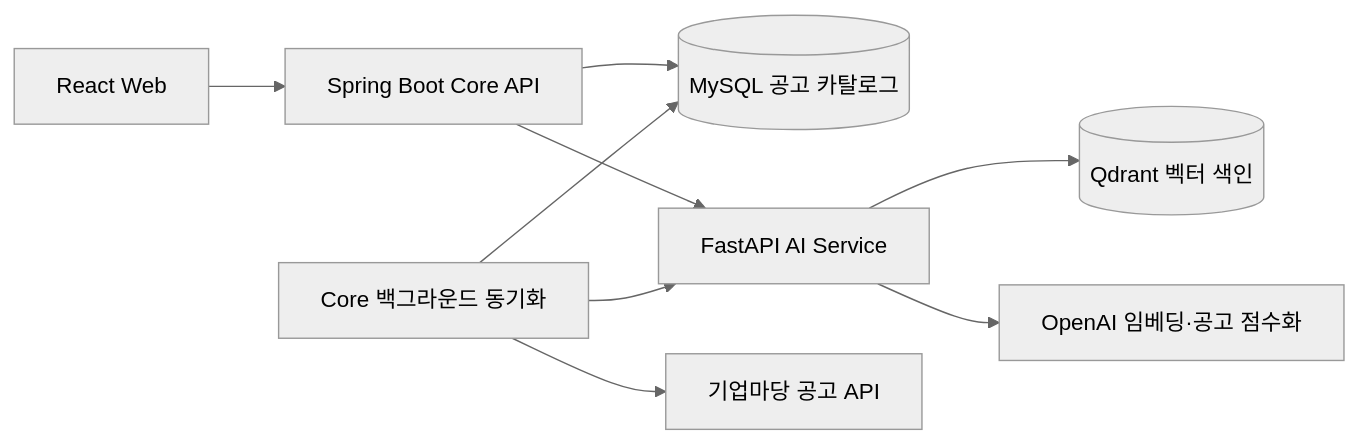
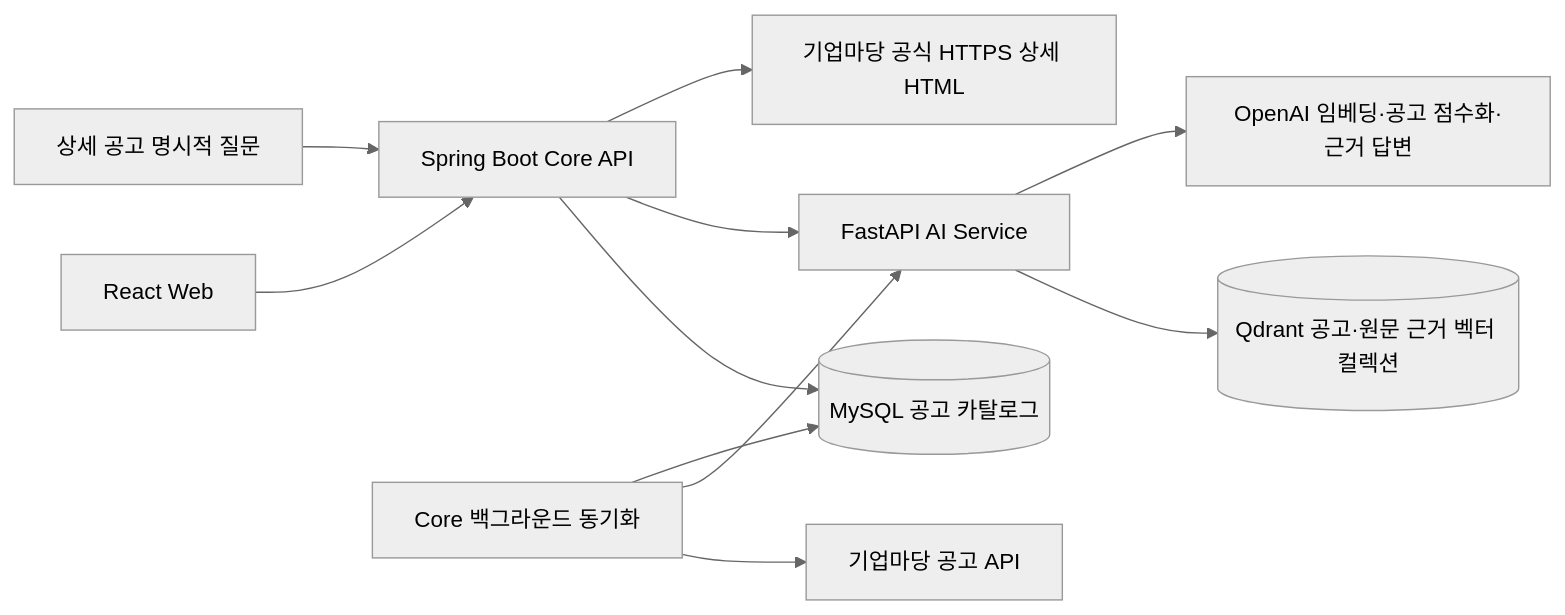
Before and after one commit to SKNETWORKS-FAMILY-AICAMP/SKN34-3rd-1Team: the diagram in docs/technology.md, drawn with Mermaid (neutral theme). The commit also changed other lines of this file and 104 other files, not shown here.

````diff
--- a/docs/technology.md
+++ b/docs/technology.md
@@ -10,11 +10,13 @@
 ```mermaid
 flowchart LR
     Web[React Web] --> Core[Spring Boot Core API]
     Core --> DB[(MySQL 공고 카탈로그)]
     Core --> AI[FastAPI AI Service]
-    AI --> Vector[(Qdrant 벡터 색인)]
-    AI --> OpenAI[OpenAI 임베딩·공고 점수화]
+    AI --> Vector[(Qdrant 공고·원문 근거 벡터 컬렉션)]
+    AI --> OpenAI[OpenAI 임베딩·공고 점수화·근거 답변]
     Sync[Core 백그라운드 동기화] --> Source[기업마당 공고 API]
     Sync --> AI
     Sync --> DB
+    EvidenceQuestion[상세 공고 명시적 질문] --> Core
+    Core --> DetailSource[기업마당 공식 HTTPS 상세 HTML]
 ```
````
